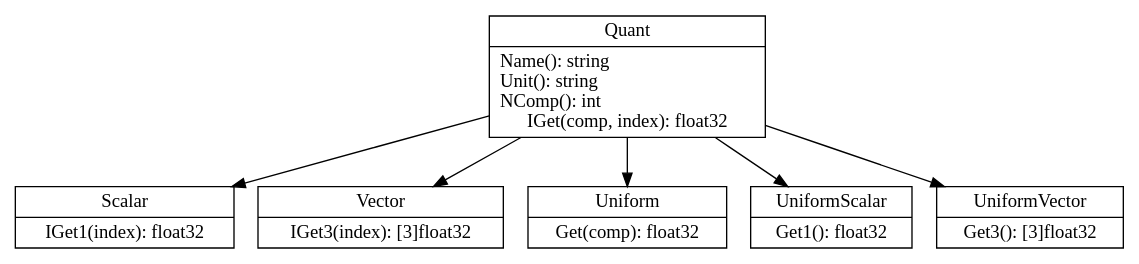
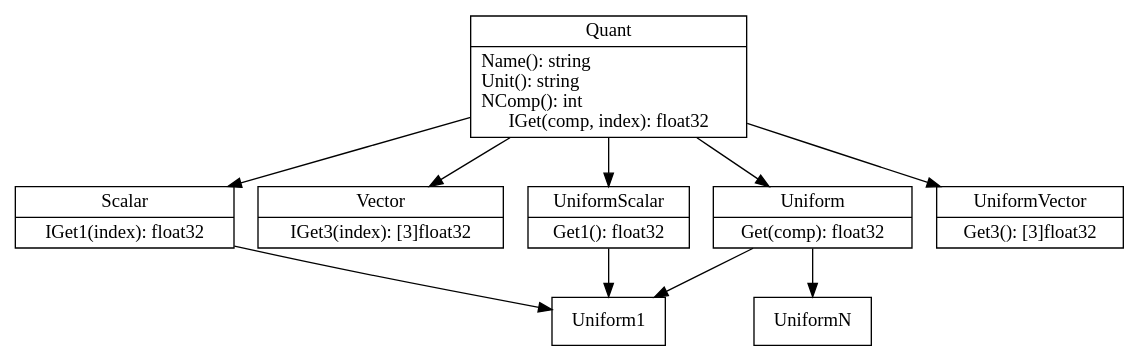
Before and after one commit to mumax/3: the diagram in whiteboard.dot, drawn with Graphviz. The commit also changed 4 other files, not shown here.

```diff
--- a/whiteboard.dot
+++ b/whiteboard.dot
@@ -1,25 +1,32 @@
 digraph whiteboard{
 
 node [ shape = "record" ]
 
 Quant [label="{Quant | Name(): string \l Unit(): string \l NComp(): int \l IGet(comp, index): float32}"]
 
 Scalar [label="{Scalar | IGet1(index): float32}"]
 Quant->Scalar
 
 
 Vector [label="{Vector | IGet3(index): [3]float32}"]
 Quant->Vector
 
 
 Uniform [label="{Uniform | Get(comp): float32}"]
 Quant->Uniform
 
 UniformScalar [label="{UniformScalar | Get1(): float32}"]
 Quant->UniformScalar
 
 UniformVector [label="{UniformVector | Get3(): [3]float32}"]
 Quant->UniformVector
 
+UniformN [label="{UniformN}"]
+Uniform->UniformN
+
+Uniform1 [label="{Uniform1}"]
+Uniform->Uniform1
+Scalar->Uniform1
+UniformScalar->Uniform1
 
 }
```
